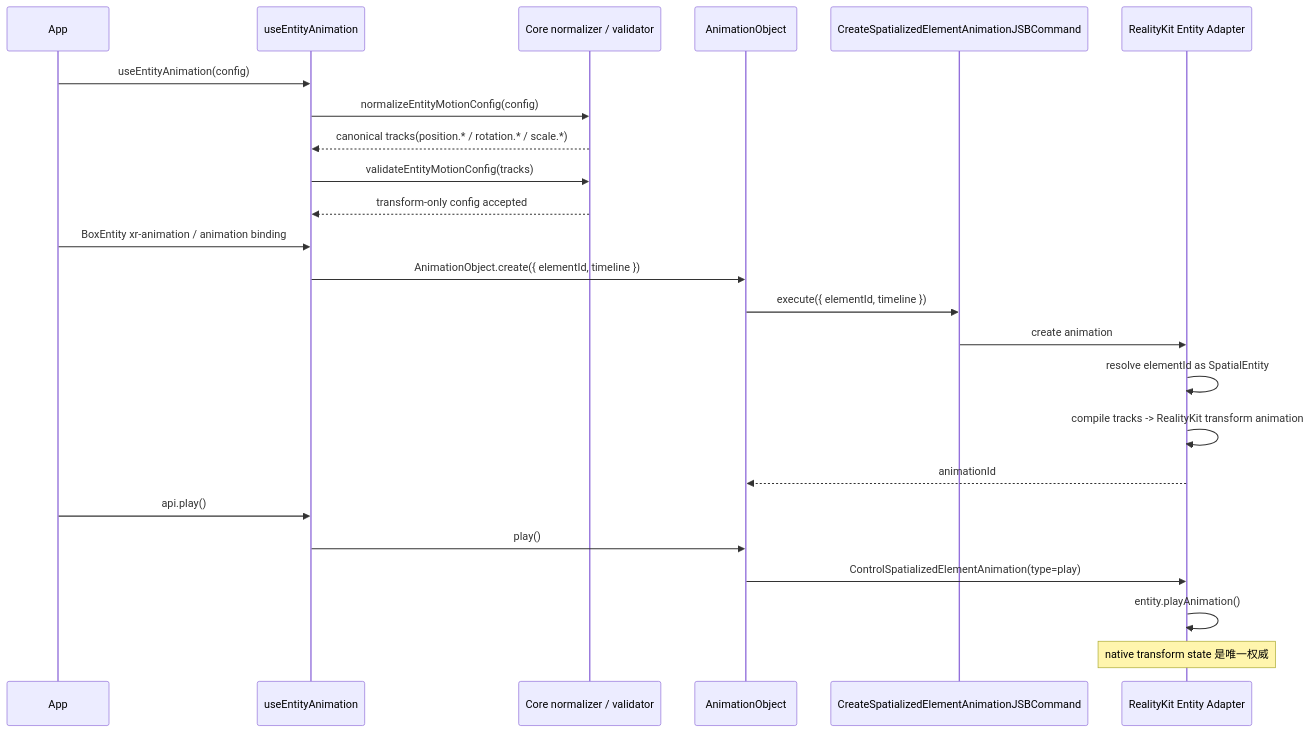
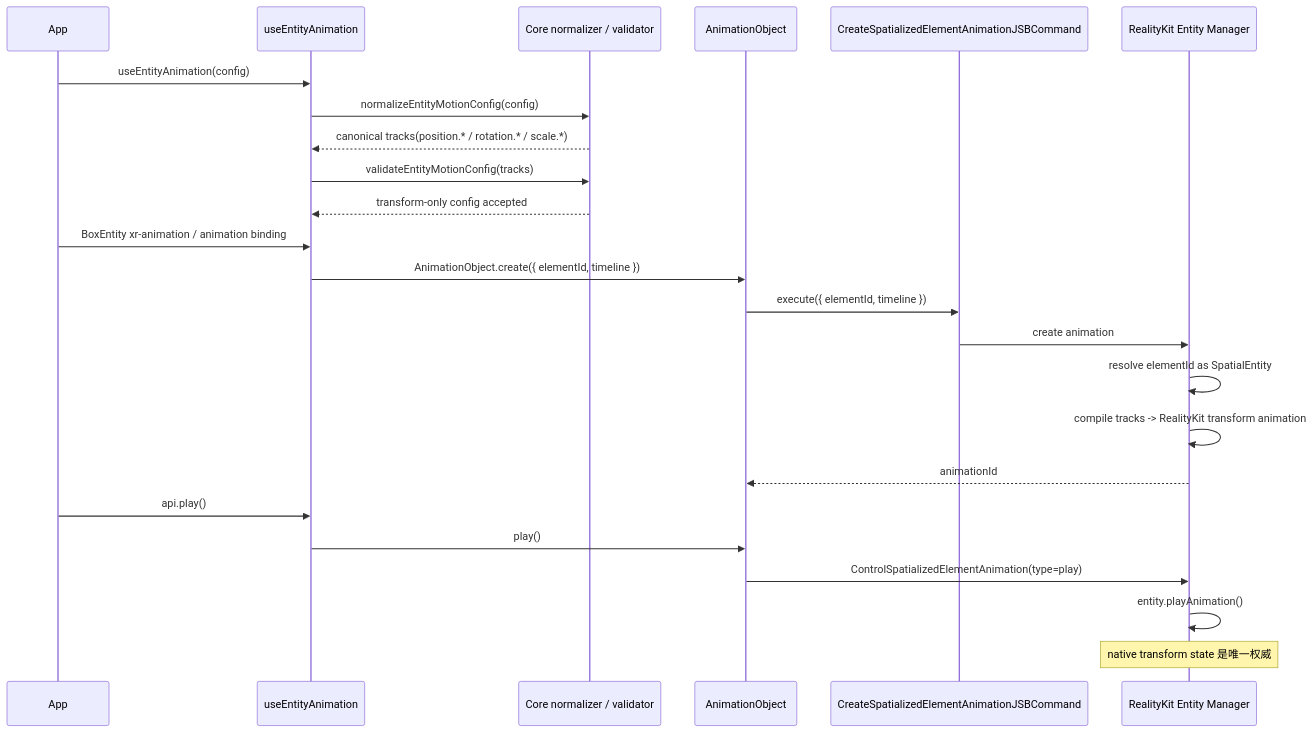
Before and after one commit to webspatial/webspatial-sdk: the second of 8 diagrams in openspec/changes/redesign-entity-motion-api/design.zh.md, drawn with Mermaid. The commit also changed other lines of this file and 3 other files, not shown here.

Commit message:
detail native arch diagram

````diff
--- a/openspec/changes/redesign-entity-motion-api/design.zh.md
+++ b/openspec/changes/redesign-entity-motion-api/design.zh.md
@@ -234,27 +234,27 @@
 ```mermaid
 sequenceDiagram
     participant App
     participant Hook as useEntityAnimation
     participant Core as Core normalizer / validator
     participant Obj as AnimationObject
     participant JSB as CreateSpatializedElementAnimationJSBCommand
-    participant Native as RealityKit Entity Adapter
+    participant Native as RealityKit Entity Manager
 
     App->>Hook: useEntityAnimation(config)
     Hook->>Core: normalizeEntityMotionConfig(config)
     Core-->>Hook: canonical tracks(position.* / rotation.* / scale.*)
     Hook->>Core: validateEntityMotionConfig(tracks)
     Core-->>Hook: transform-only config accepted
     App->>Hook: BoxEntity xr-animation / animation binding
     Hook->>Obj: AnimationObject.create({ elementId, timeline })
     Obj->>JSB: execute({ elementId, timeline })
     JSB->>Native: create animation
     Native->>Native: resolve elementId as SpatialEntity
     Native->>Native: compile tracks -> RealityKit transform animation
     Native-->>Obj: animationId
     App->>Hook: api.play()
     Hook->>Obj: play()
     Obj->>Native: ControlSpatializedElementAnimation(type=play)
     Native->>Native: entity.playAnimation()
     Note over Native: native transform state 是唯一权威
 ```
````
